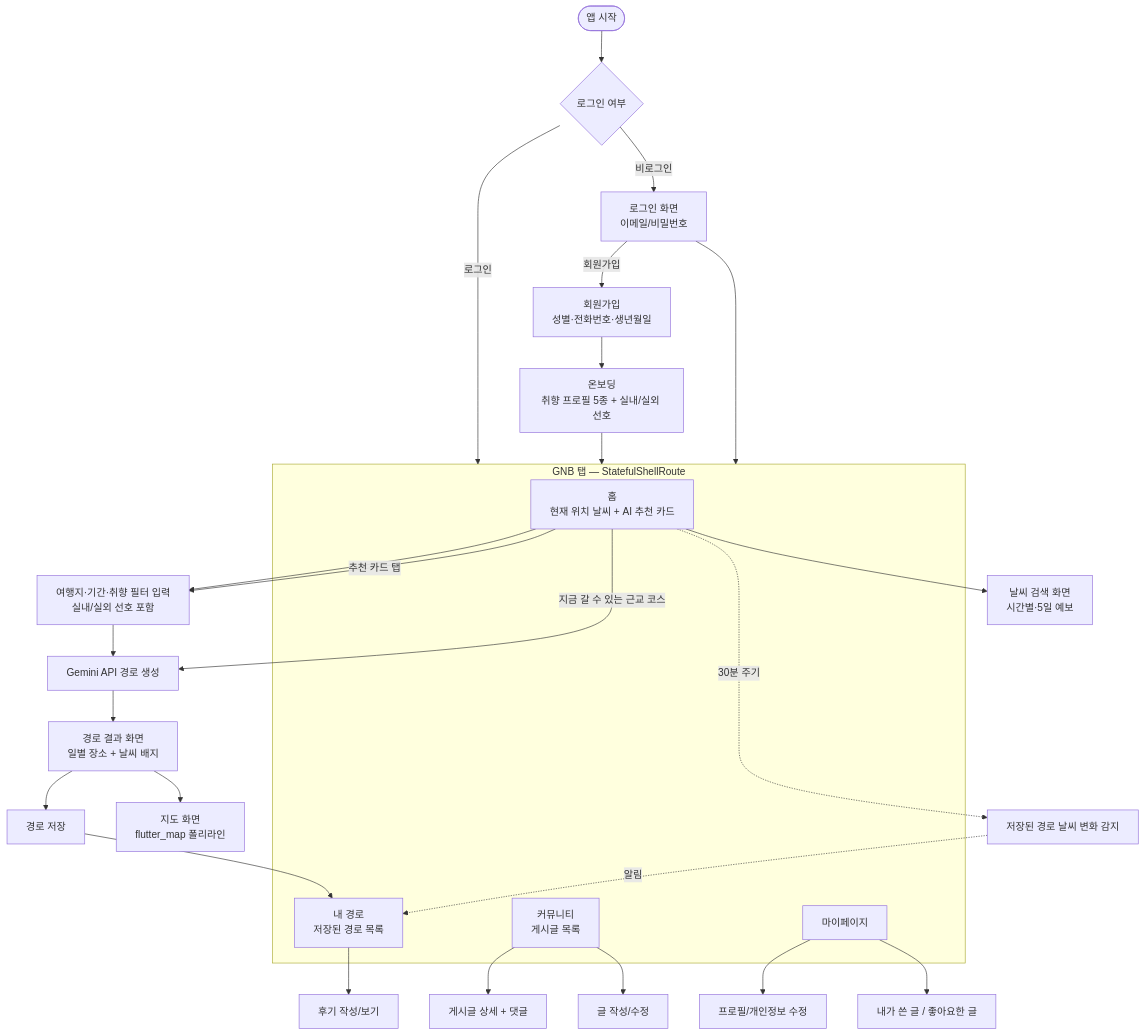
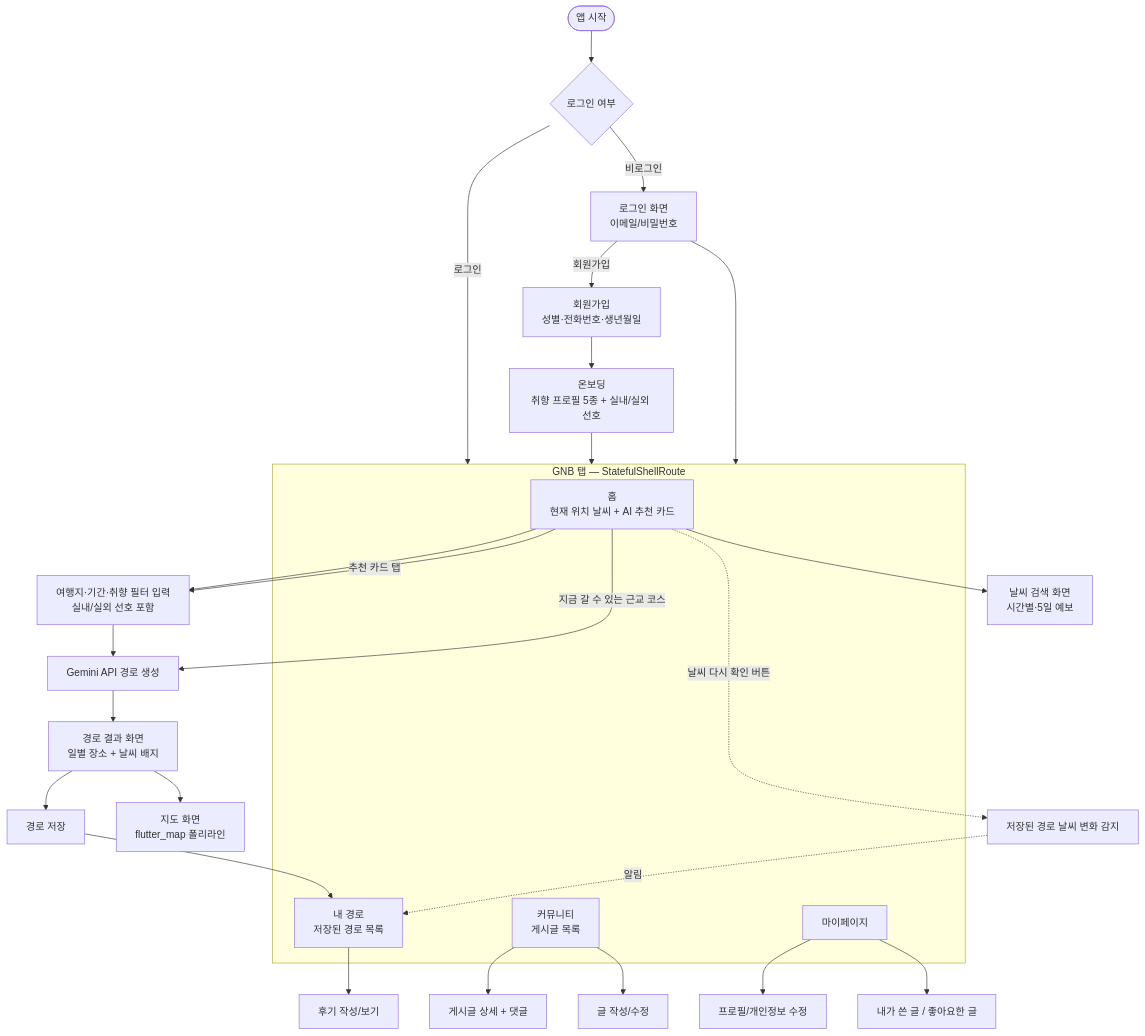
Before and after one commit to dasol2024136073/Claude_application: the second of 2 diagrams in docs/architecture.md, drawn with Mermaid. The commit also changed other lines of this file and 5 other files, not shown here.

````diff
--- a/docs/architecture.md
+++ b/docs/architecture.md
@@ -107,35 +107,35 @@
 ```mermaid
 flowchart TD
     A([앱 시작]) --> B{로그인 여부}
     B -->|비로그인| C[로그인 화면<br/>이메일/비밀번호]
     B -->|로그인| GNB
     C -->|회원가입| S[회원가입<br/>성별·전화번호·생년월일]
     S --> E[온보딩<br/>취향 프로필 5종 + 실내/실외 선호]
     E --> GNB
     C --> GNB
 
     subgraph GNB[GNB 탭 — StatefulShellRoute]
         D[홈<br/>현재 위치 날씨 + AI 추천 카드]
         MR[내 경로<br/>저장된 경로 목록]
         CM[커뮤니티<br/>게시글 목록]
         M[마이페이지]
     end
 
     D --> F[여행지·기간·취향 필터 입력<br/>실내/실외 선호 포함]
     D -->|추천 카드 탭| F
     D -->|지금 갈 수 있는 근교 코스| G
     F --> G[Gemini API 경로 생성]
     G --> H[경로 결과 화면<br/>일별 장소 + 날씨 배지]
     H --> I[지도 화면<br/>flutter_map 폴리라인]
     H --> K[경로 저장]
     K --> MR
     MR --> RV[후기 작성/보기]
     D --> W[날씨 검색 화면<br/>시간별·5일 예보]
-    D -. 30분 주기 .-> WM[저장된 경로 날씨 변화 감지]
+    D -. 날씨 다시 확인 버튼 .-> WM[저장된 경로 날씨 변화 감지]
     WM -. 알림 .-> MR
 
     CM --> PD[게시글 상세 + 댓글]
     CM --> PE[글 작성/수정]
     M --> PR[프로필/개인정보 수정]
     M --> MP[내가 쓴 글 / 좋아요한 글]
 ```
````
